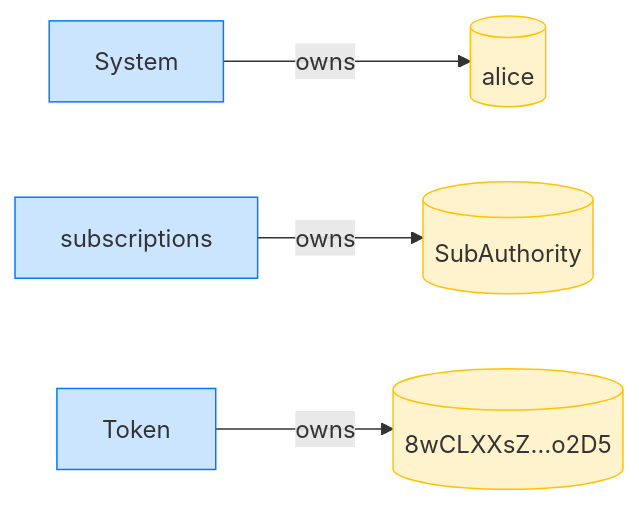
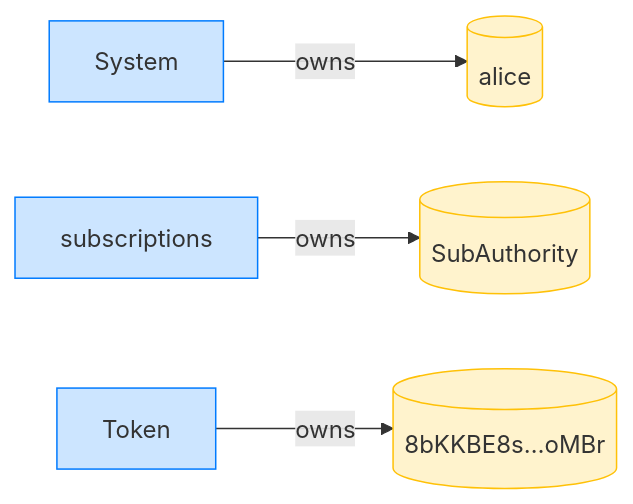
One commit to cds-rs/subscriptions changed the fourth of 16 diagrams in dsl_tests/resume-rejects-a-stale-account-version.md. Above: the diagram before and after it, drawn with Mermaid. The commit also changed other lines of this file and 224 other files, not shown here.

````diff
--- a/dsl_tests/resume-rejects-a-stale-account-version.md
+++ b/dsl_tests/resume-rejects-a-stale-account-version.md
@@ -73,14 +78,14 @@
 ```mermaid
 flowchart LR
     classDef owner fill:#cce5ff,stroke:#007bff;
     classDef account fill:#fff3cd,stroke:#ffc107;
     System[System]:::owner
     alice[(alice)]:::account
     subscriptions[subscriptions]:::owner
     SubAuthority[(SubAuthority)]:::account
     Token[Token]:::owner
-    8wCLXXsZ_o2D5[("8wCLXXsZ…o2D5")]:::account
+    8bKKBE8s_oMBr[("8bKKBE8s…oMBr")]:::account
     System -->|owns| alice
     subscriptions -->|owns| SubAuthority
-    Token -->|owns| 8wCLXXsZ_o2D5
+    Token -->|owns| 8bKKBE8s_oMBr
 ```
````
